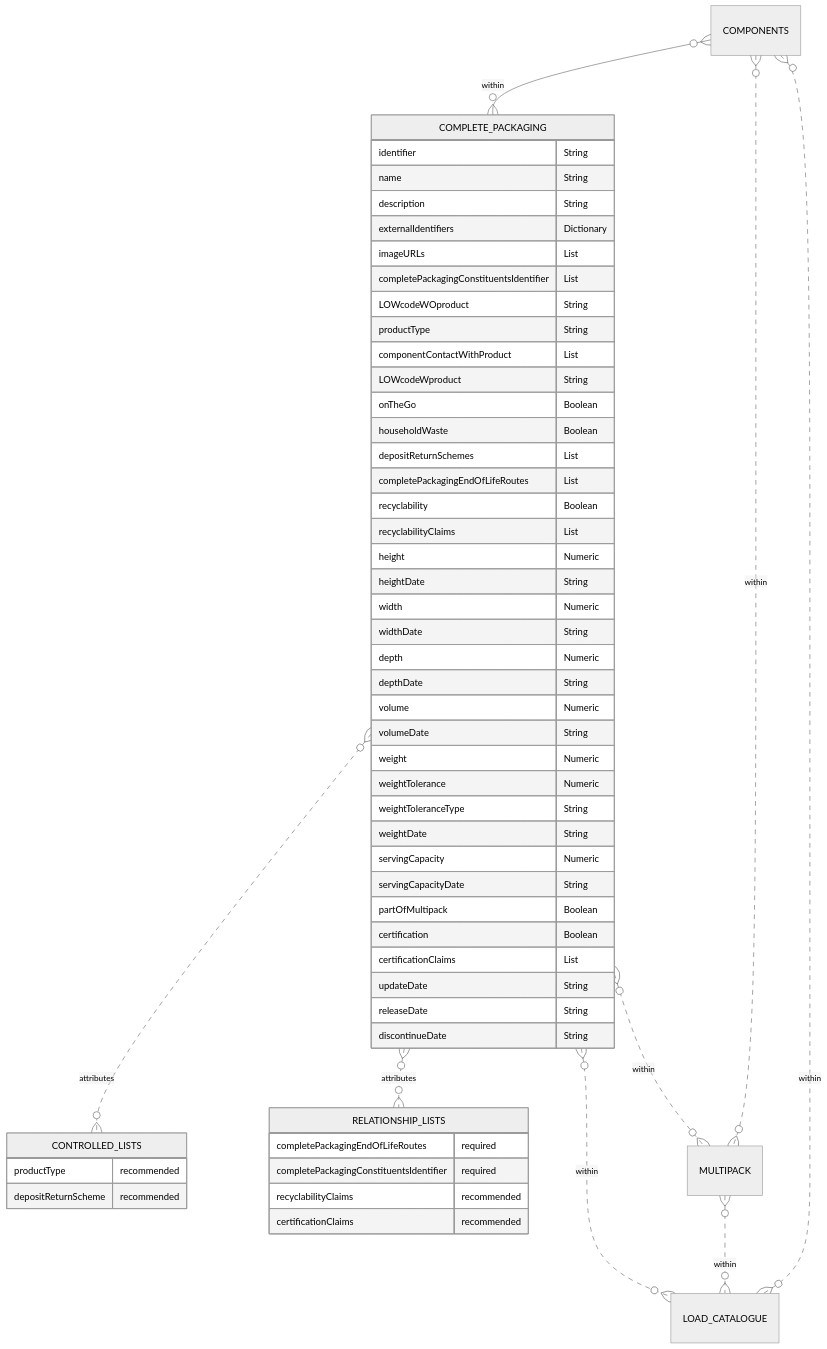
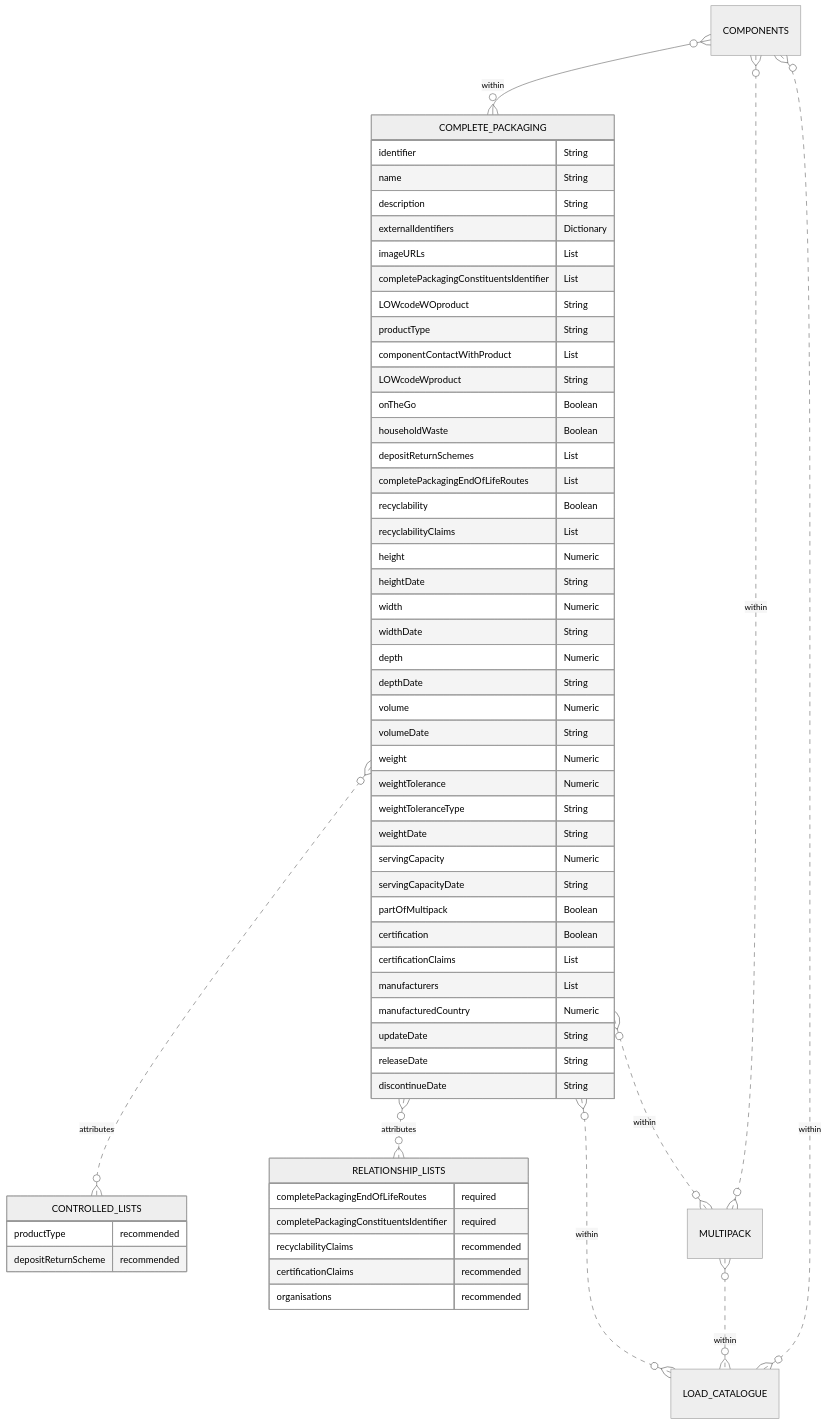
Before and after one commit to OpenDataManchester/Open3P: the diagram in docs/3_Data_Specification/3_4_Complete_Packaging.md, drawn with Mermaid (neutral theme). The commit also changed other lines of this file, not shown here.

Commit message:
Organisations and Country to complete packaging

````diff
--- a/docs/3_Data_Specification/3_4_Complete_Packaging.md
+++ b/docs/3_Data_Specification/3_4_Complete_Packaging.md
@@ -52,59 +54,62 @@
 ``` mermaid
 erDiagram
 COMPONENTS }o--o{ COMPLETE_PACKAGING : within
   COMPLETE_PACKAGING {
     identifier String
     name String
     description String
     externalIdentifiers Dictionary
     imageURLs List
     completePackagingConstituentsIdentifier List
     LOWcodeWOproduct String
     productType String
     componentContactWithProduct List
     LOWcodeWproduct String
     onTheGo Boolean
     householdWaste Boolean
     depositReturnSchemes List
     completePackagingEndOfLifeRoutes List
     recyclability Boolean
     recyclabilityClaims List
     height Numeric
     heightDate String
     width Numeric
     widthDate String
     depth Numeric
     depthDate String
     volume Numeric
     volumeDate String
     weight Numeric
     weightTolerance Numeric
     weightToleranceType String
     weightDate String
     servingCapacity Numeric
     servingCapacityDate String
     partOfMultipack Boolean
     certification Boolean
     certificationClaims List
+    manufacturers List
+    manufacturedCountry Numeric
     updateDate String
     releaseDate String
     discontinueDate String
   }
   COMPLETE_PACKAGING }o..o{ CONTROLLED_LISTS : attributes
   COMPLETE_PACKAGING }O..O{ RELATIONSHIP_LISTS : attributes
   COMPLETE_PACKAGING }o..o{ MULTIPACK : within
   COMPONENTS }o..o{ MULTIPACK : within
   COMPLETE_PACKAGING }o..o{ LOAD_CATALOGUE : within
   MULTIPACK }o..o{ LOAD_CATALOGUE : within
   COMPONENTS }o..o{ LOAD_CATALOGUE : within
       CONTROLLED_LISTS {
       productType recommended
       depositReturnScheme recommended
     }
     RELATIONSHIP_LISTS {
       completePackagingEndOfLifeRoutes required
       completePackagingConstituentsIdentifier required
       recyclabilityClaims recommended
       certificationClaims recommended
+      organisations recommended
     }
 ```
````
